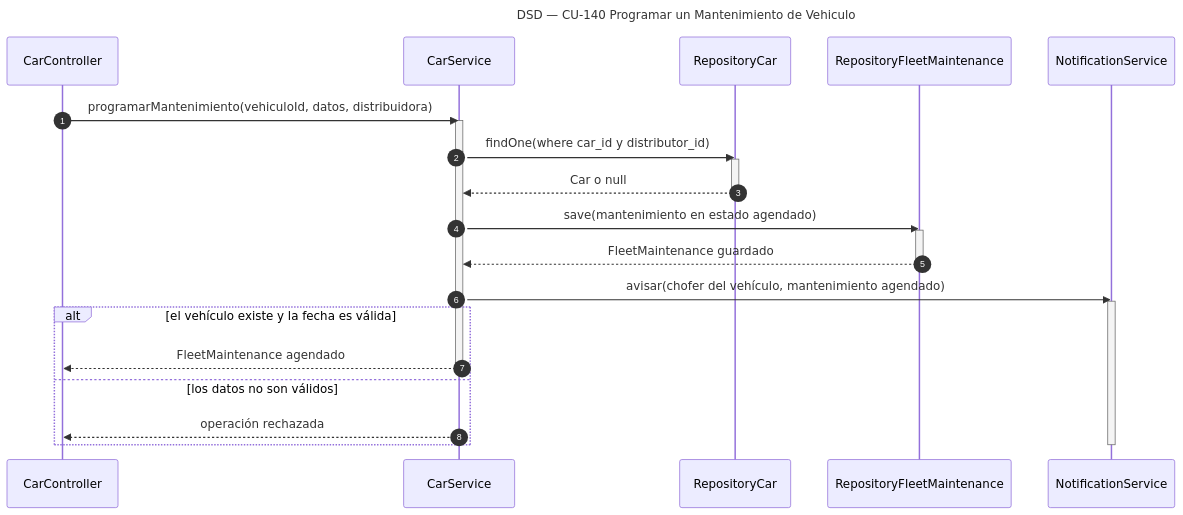
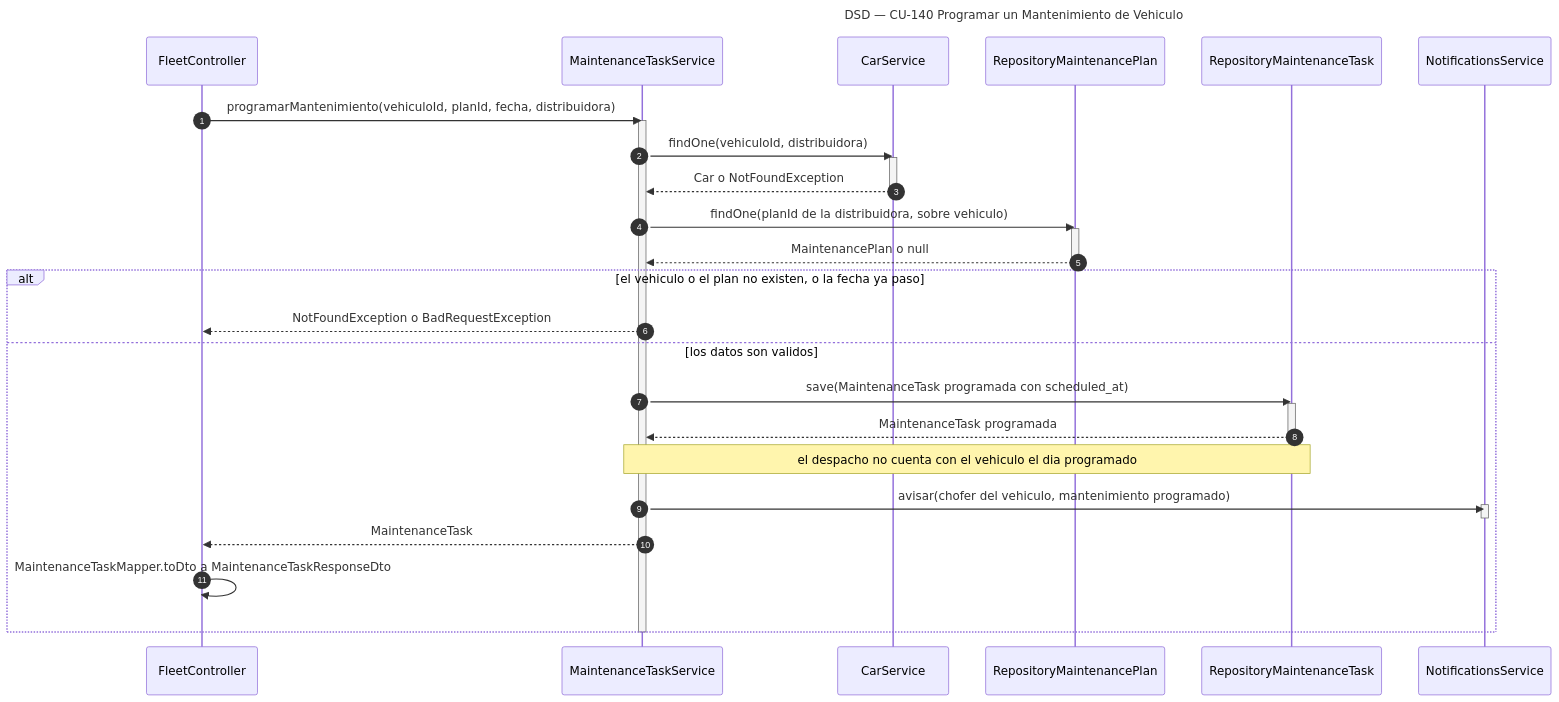
One commit to Nahuelito-Dev/splg-docs changed the diagram in diagramas/DSD_CU-140_Programar-un-Mantenimiento-de-Vehiculo.mmd. Above: the diagram before and after it, drawn with Mermaid. The commit also changed 19 other files, not shown here.

First line of the commit message:
docs(flota): los DSD de CU-136 a CU-142 y el diagrama de clases con el modelo nuevo

```diff
--- a/diagramas/DSD_CU-140_Programar-un-Mantenimiento-de-Vehiculo.mmd
+++ b/diagramas/DSD_CU-140_Programar-un-Mantenimiento-de-Vehiculo.mmd
@@ -1,28 +1,35 @@
 sequenceDiagram
     title DSD — CU-140 Programar un Mantenimiento de Vehiculo
     autonumber
-    participant CTRL as CarController
-    participant SRV as CarService
-    participant VREP as RepositoryCar
-    participant MREP as RepositoryFleetMaintenance
-    participant NOT as NotificationService
+    participant CTRL as FleetController
+    participant SRV as MaintenanceTaskService
+    participant CARS as CarService
+    participant PREP as RepositoryMaintenancePlan
+    participant TREP as RepositoryMaintenanceTask
+    participant NOT as NotificationsService
 
-    CTRL->>SRV: programarMantenimiento(vehiculoId, datos, distribuidora)
+    CTRL->>SRV: programarMantenimiento(vehiculoId, planId, fecha, distribuidora)
     activate SRV
-    SRV->>VREP: findOne(where car_id y distributor_id)
-    activate VREP
-    VREP-->>SRV: Car o null
-    deactivate VREP
-    SRV->>MREP: save(mantenimiento en estado agendado)
-    activate MREP
-    MREP-->>SRV: FleetMaintenance guardado
-    deactivate MREP
-    SRV->>NOT: avisar(chofer del vehículo, mantenimiento agendado)
-    activate NOT
-    alt el vehículo existe y la fecha es válida
-        SRV-->>CTRL: FleetMaintenance agendado
-        deactivate SRV
-    else los datos no son válidos
-        SRV-->>CTRL: operación rechazada
+    SRV->>CARS: findOne(vehiculoId, distribuidora)
+    activate CARS
+    CARS-->>SRV: Car o NotFoundException
+    deactivate CARS
+    SRV->>PREP: findOne(planId de la distribuidora, sobre vehiculo)
+    activate PREP
+    PREP-->>SRV: MaintenancePlan o null
+    deactivate PREP
+    alt el vehiculo o el plan no existen, o la fecha ya paso
+        SRV-->>CTRL: NotFoundException o BadRequestException
+    else los datos son validos
+        SRV->>TREP: save(MaintenanceTask programada con scheduled_at)
+        activate TREP
+        TREP-->>SRV: MaintenanceTask programada
+        deactivate TREP
+        Note over SRV,TREP: el despacho no cuenta con el vehiculo el dia programado
+        SRV->>NOT: avisar(chofer del vehiculo, mantenimiento programado)
+        activate NOT
+        deactivate NOT
+        SRV-->>CTRL: MaintenanceTask
+        CTRL->>CTRL: MaintenanceTaskMapper.toDto a MaintenanceTaskResponseDto
     end
-    deactivate NOT
+    deactivate SRV
```
